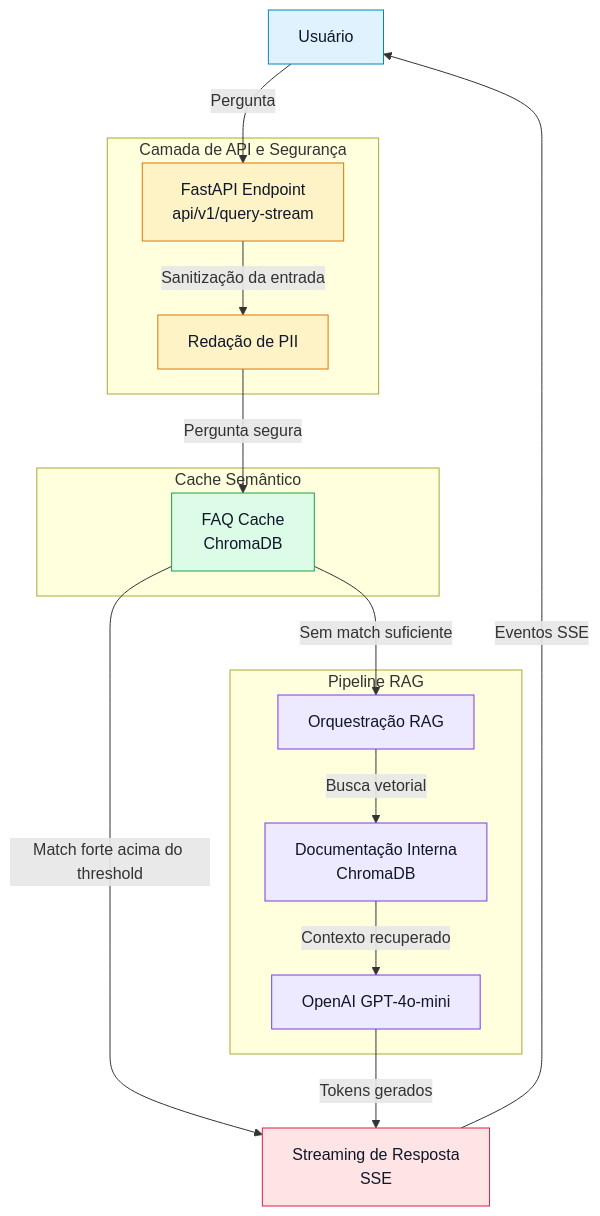
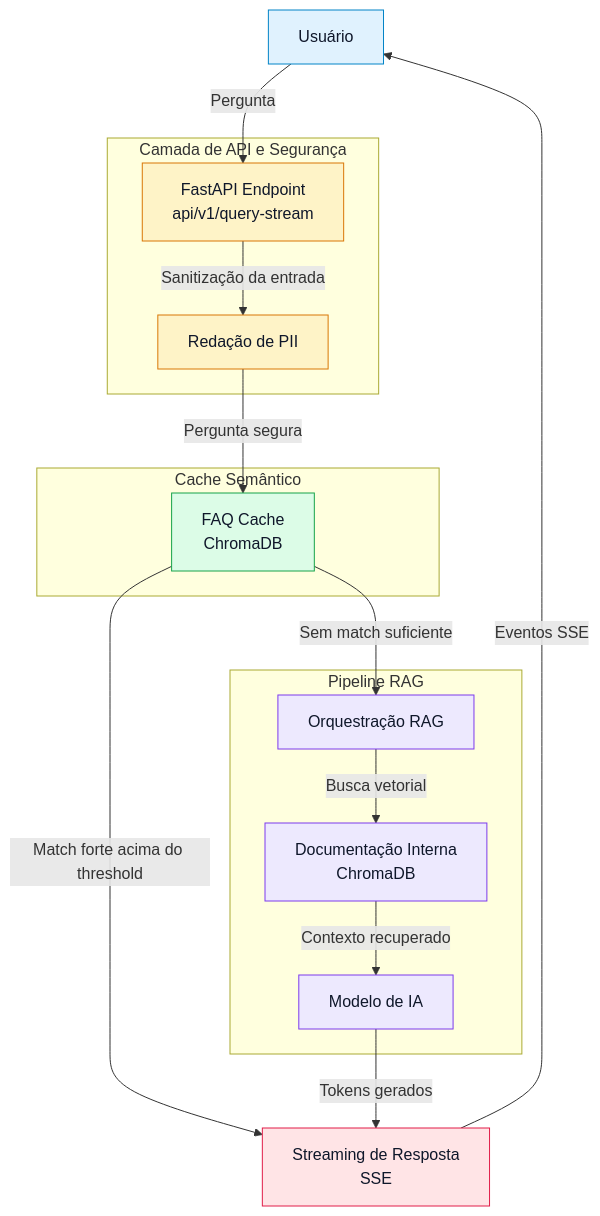
The diagram in README.md (Ronizorzan/NovaBank-AI-Core), drawn with Mermaid before and after one commit. The commit also changed other lines of this file and 5 other files, not shown here.

````diff
--- a/README.md
+++ b/README.md
@@ -44,46 +48,46 @@
 ```mermaid
 flowchart TD
     U["Usuário"]
 
     subgraph APISEC["Camada de API e Segurança"]
         API["FastAPI Endpoint<br/>api/v1/query-stream"]
         PII["Redação de PII"]
     end
 
     subgraph CACHE["Cache Semântico"]
         FAQ["FAQ Cache<br/>ChromaDB"]
     end
 
     subgraph RAGFLOW["Pipeline RAG"]
         RAG["Orquestração RAG"]
         DOCS["Documentação Interna<br/>ChromaDB"]
-        LLM["OpenAI GPT-4o-mini"]
+        LLM["Modelo de IA"]
     end
 
     STREAM["Streaming de Resposta<br/>SSE"]
 
     U -->|"Pergunta"| API
     API -->|"Sanitização da entrada"| PII
     PII -->|"Pergunta segura"| FAQ
 
     FAQ -->|"Match forte acima do threshold"| STREAM
     FAQ -->|"Sem match suficiente"| RAG
 
     RAG -->|"Busca vetorial"| DOCS
     DOCS -->|"Contexto recuperado"| LLM
     LLM -->|"Tokens gerados"| STREAM
 
     STREAM -->|"Eventos SSE"| U
 
     classDef user fill:#e0f2fe,stroke:#0284c7,color:#0f172a;
     classDef api fill:#fef3c7,stroke:#d97706,color:#0f172a;
     classDef cache fill:#dcfce7,stroke:#16a34a,color:#0f172a;
     classDef rag fill:#ede9fe,stroke:#7c3aed,color:#0f172a;
     classDef stream fill:#ffe4e6,stroke:#e11d48,color:#0f172a;
 
     class U user;
     class API,PII api;
     class FAQ cache;
     class RAG,DOCS,LLM rag;
     class STREAM stream;
 ```
````
